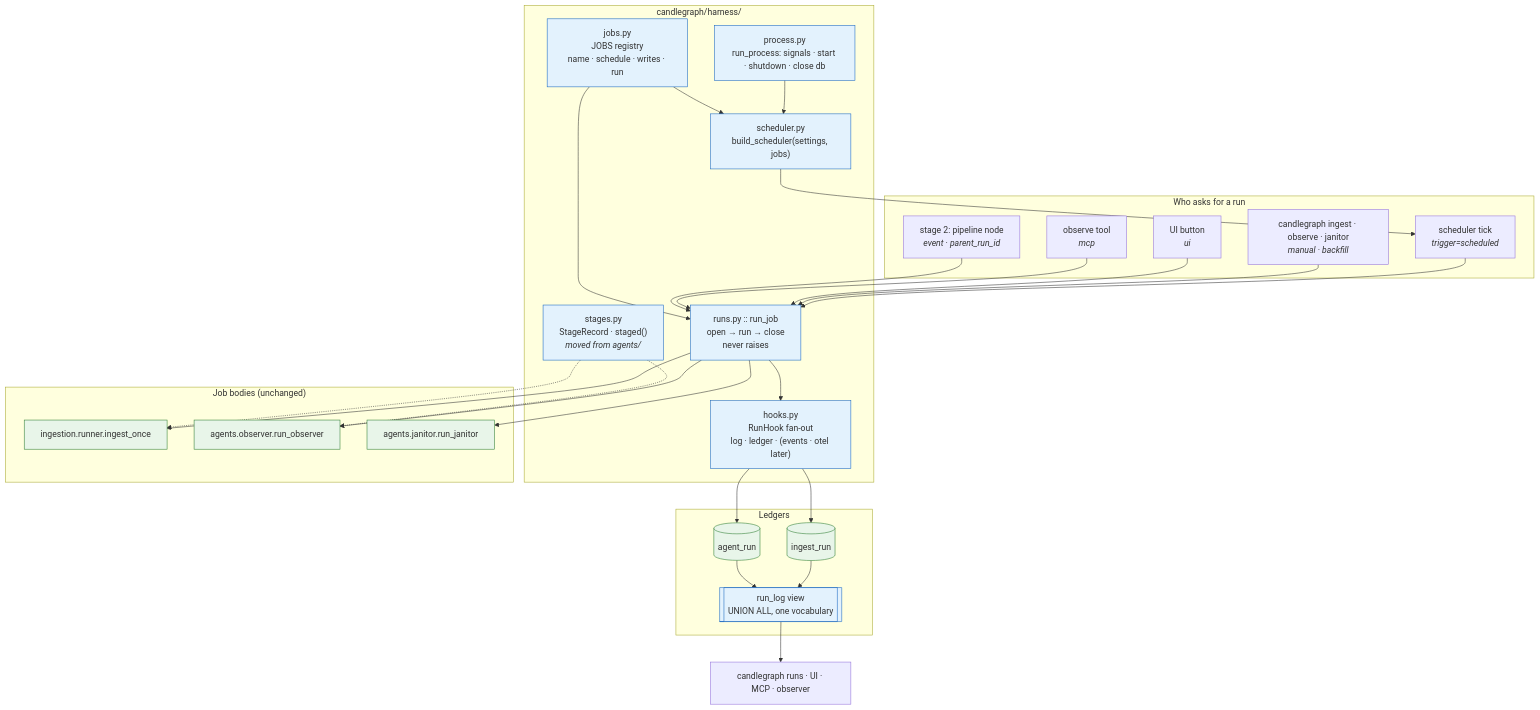
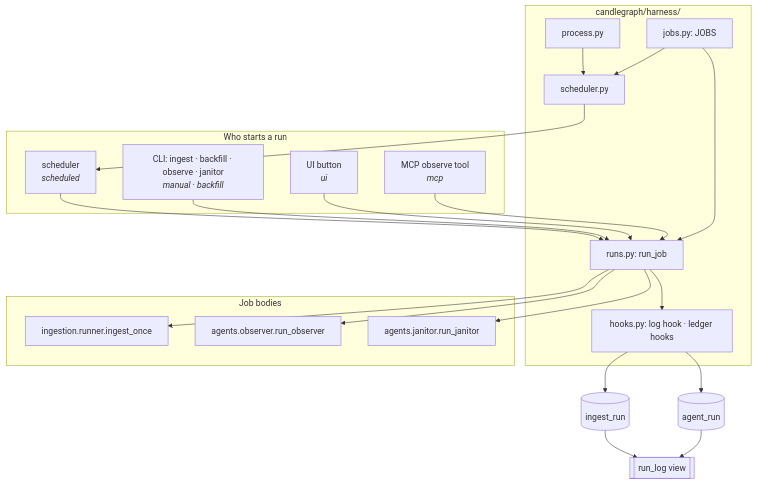
Before and after one commit to stamzid/candlegraph: the first of 2 diagrams in docs/harness/runner/DESIGN.md, drawn with Mermaid. The commit also changed other lines of this file and 40 other files, not shown here.

Commit message:
One shape of a run for pre-harness stage 2

````diff
--- a/docs/harness/runner/DESIGN.md
+++ b/docs/harness/runner/DESIGN.md
@@ -92,48 +75,36 @@
 ```mermaid
 flowchart TB
-  subgraph entry["Who asks for a run"]
-    SCH["scheduler tick<br/><i>trigger=scheduled</i>"]
-    CLI["candlegraph ingest · observe · janitor<br/><i>manual · backfill</i>"]
+  subgraph callers["Who starts a run"]
+    SCH["scheduler<br/><i>scheduled</i>"]
+    CLI["CLI: ingest · backfill · observe · janitor<br/><i>manual · backfill</i>"]
     UI["UI button<br/><i>ui</i>"]
-    MCP["observe tool<br/><i>mcp</i>"]
-    PIPE["stage 2: pipeline node<br/><i>event · parent_run_id</i>"]
+    MCP["MCP observe tool<br/><i>mcp</i>"]
   end
 
   subgraph harness["candlegraph/harness/"]
-    REG["jobs.py<br/>JOBS registry<br/>name · schedule · writes · run"]
-    RJ["runs.py :: run_job<br/>open → run → close<br/>never raises"]
-    HK["hooks.py<br/>RunHook fan-out<br/>log · ledger · (events · otel later)"]
-    SB["scheduler.py<br/>build_scheduler(settings, jobs)"]
-    PR["process.py<br/>run_process: signals · start · shutdown · close db"]
-    ST["stages.py<br/>StageRecord · staged()<br/><i>moved from agents/</i>"]
+    REG["jobs.py: JOBS"]
+    RJ["runs.py: run_job"]
+    HK["hooks.py: log hook · ledger hooks"]
+    SB["scheduler.py"]
+    PR["process.py"]
   end
 
-  subgraph jobs["Job bodies (unchanged)"]
+  subgraph bodies["Job bodies"]
     ING["ingestion.runner.ingest_once"]
     OBS["agents.observer.run_observer"]
     JAN["agents.janitor.run_janitor"]
   end
 
-  subgraph ledger["Ledgers"]
-    IR[("ingest_run")]
-    AR[("agent_run")]
-    RL[["run_log view<br/>UNION ALL, one vocabulary"]]
-  end
+  IR[("ingest_run")]
+  AR[("agent_run")]
+  RL[["run_log view"]]
 
-  SCH & CLI & UI & MCP & PIPE --> RJ
-  SB --> SCH
-  PR --> SB
+  SCH & CLI & UI & MCP --> RJ
+  PR --> SB --> SCH
   REG --> SB
   REG --> RJ
   RJ --> ING & OBS & JAN
   RJ --> HK
-  ST -.-> ING & OBS
   HK --> IR & AR
   IR & AR --> RL
-  RL --> OUT["candlegraph runs · UI · MCP · observer"]
-
-  classDef new fill:#e3f2fd,stroke:#1565c0
-  classDef old fill:#e8f5e9,stroke:#2e7d32
-  class REG,RJ,HK,SB,PR,ST,RL new
-  class ING,OBS,JAN,IR,AR old
 ```
````
